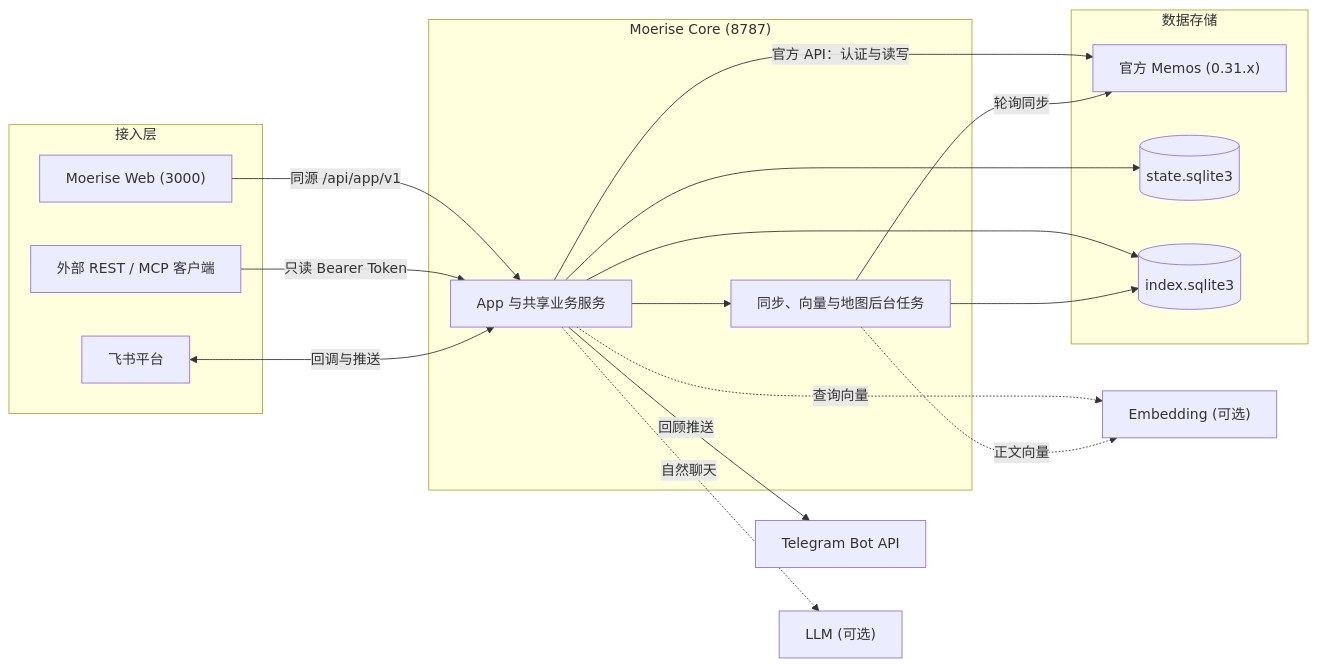
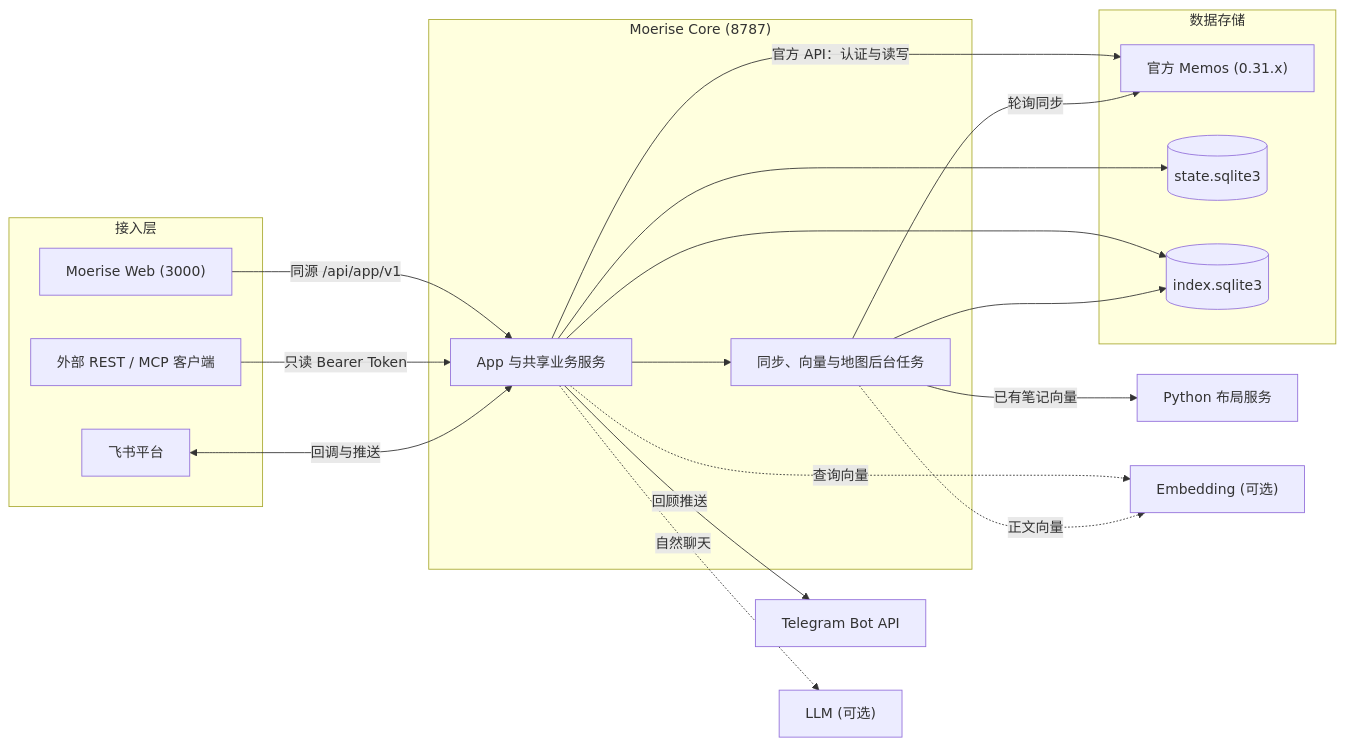
Before and after one commit to Fermin214/Moerise: the diagram in docs/PRODUCT-ARCHITECTURE.md, drawn with Mermaid. The commit also changed other lines of this file and 50 other files, not shown here.

Commit message:
feat: 接入均衡 UMAP 观星与稳定增量星图

````diff
--- a/docs/PRODUCT-ARCHITECTURE.md
+++ b/docs/PRODUCT-ARCHITECTURE.md
@@ -32,30 +33,31 @@
 ```mermaid
 flowchart LR
     subgraph Access["接入层"]
         Web["Moerise Web (3000)"]
         Agent["外部 REST / MCP 客户端"]
         Feishu["飞书平台"]
     end
     subgraph Runtime["Moerise Core (8787)"]
         Core["App 与共享业务服务"]
         Worker["同步、向量与地图后台任务"]
         Core --> Worker
     end
     subgraph Storage["数据存储"]
         Memos["官方 Memos (0.31.x)"]
         State[("state.sqlite3")]
         Index[("index.sqlite3")]
     end
     Web -->|"同源 /api/app/v1"| Core
     Agent -->|"只读 Bearer Token"| Core
     Feishu <-->|"回调与推送"| Core
     Core -->|"官方 API：认证与读写"| Memos
     Core --> State
     Core --> Index
     Worker -->|"轮询同步"| Memos
     Worker --> Index
+    Worker -->|"已有笔记向量"| Layout["Python 布局服务"]
     Core -->|"回顾推送"| Telegram["Telegram Bot API"]
     Core -.->|"查询向量"| Embedding["Embedding (可选)"]
     Worker -.->|"正文向量"| Embedding
     Core -.->|"自然聊天"| LLM["LLM (可选)"]
 ```
````
